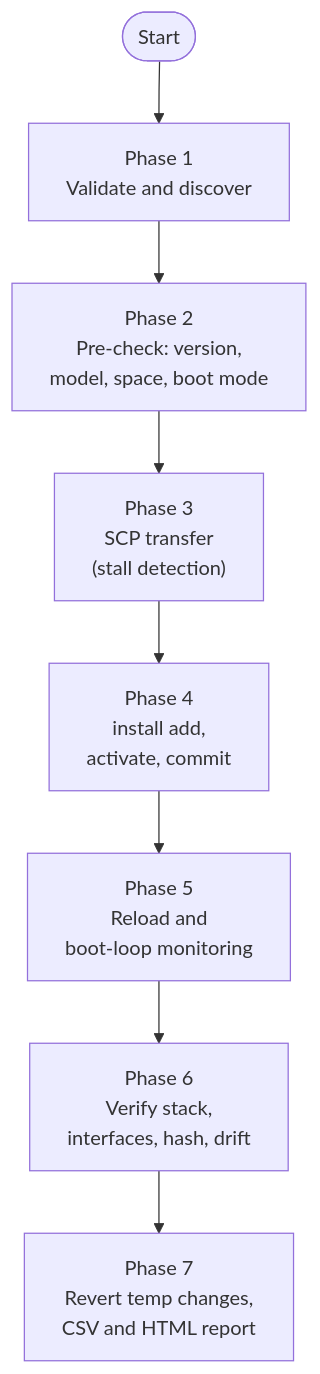
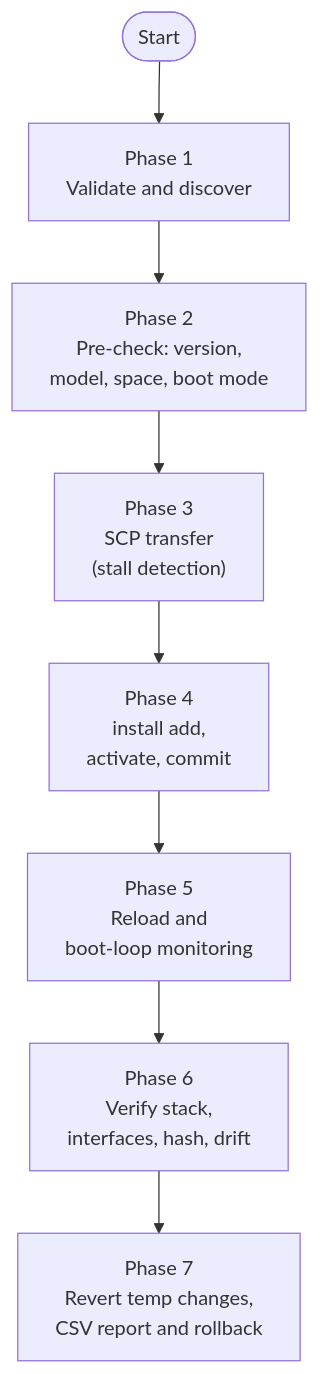
Before and after one commit to rainykarthick-crypto/cisco-xe-upgrade-orchestrator: the diagram in README.md, drawn with Mermaid. The commit also changed other lines of this file and 6 other files, not shown here.

````diff
--- a/README.md
+++ b/README.md
@@ -69,10 +67,10 @@
 ```mermaid
 flowchart TD
     A([Start]) --> B["Phase 1<br/>Validate and discover"]
     B --> C["Phase 2<br/>Pre-check: version,<br/>model, space, boot mode"]
     C --> D["Phase 3<br/>SCP transfer<br/>(stall detection)"]
     D --> E["Phase 4<br/>install add,<br/>activate, commit"]
     E --> F["Phase 5<br/>Reload and<br/>boot-loop monitoring"]
     F --> G["Phase 6<br/>Verify stack,<br/>interfaces, hash, drift"]
-    G --> H["Phase 7<br/>Revert temp changes,<br/>CSV and HTML report"]
+    G --> H["Phase 7<br/>Revert temp changes,<br/>CSV report and rollback"]
 ```
````
